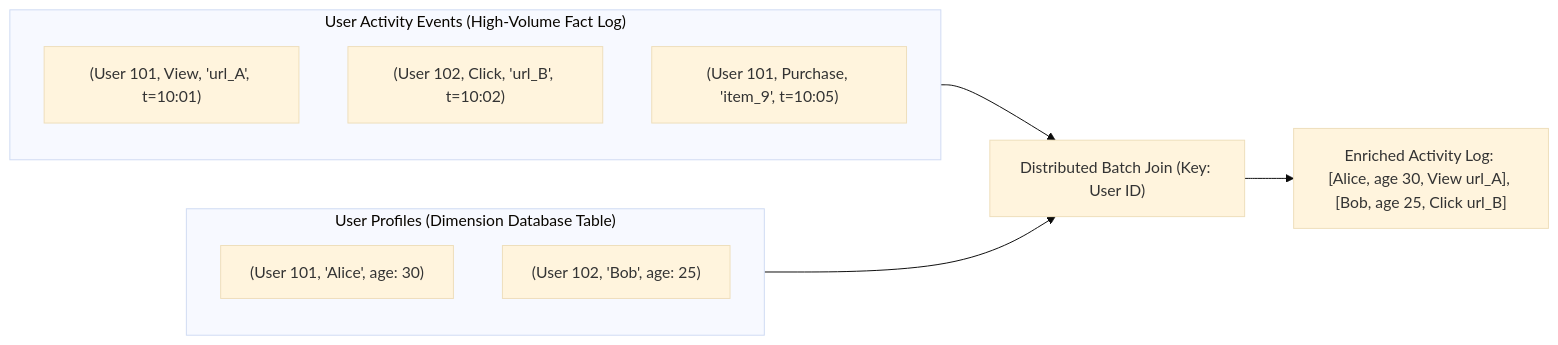
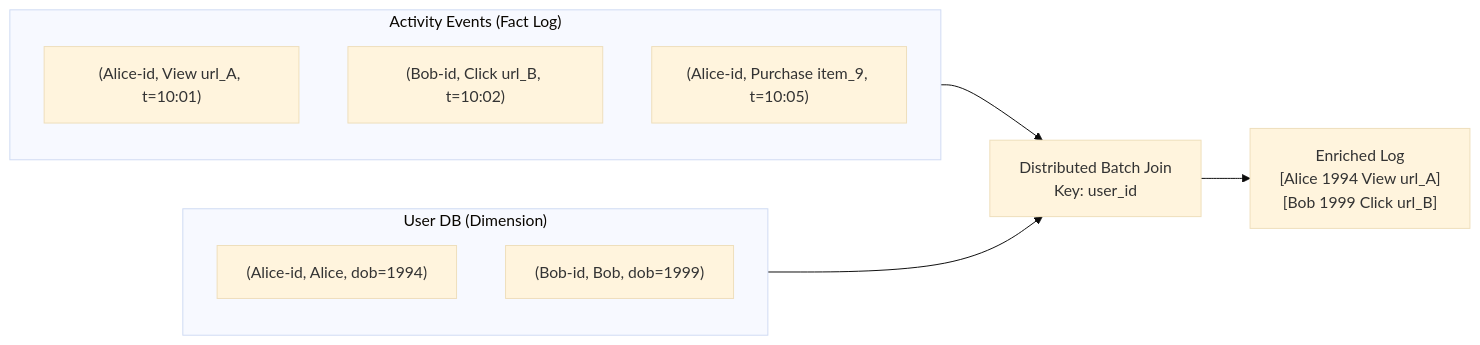
One commit to 1mimhe/books-summery changed the second of 4 diagrams in 01 Designing Data-Intensive Applications/chapter-11-batch-processing.md. Above: the diagram before and after it, drawn with Mermaid (base theme). The commit also changed other lines of this file and 3 other files, not shown here.

````diff
--- a/01 Designing Data-Intensive Applications/chapter-11-batch-processing.md
+++ b/01 Designing Data-Intensive Applications/chapter-11-batch-processing.md
@@ -234,22 +273,18 @@
 ```mermaid
 flowchart LR
-  subgraph LOGS["User Activity Events (High-Volume Fact Log)"]
+  subgraph LOGS["Activity Events (Fact Log)"]
     direction TB
-    E1["(User 101, View, 'url_A', t=10:01)"]
-    E2["(User 102, Click, 'url_B', t=10:02)"]
-    E3["(User 101, Purchase, 'item_9', t=10:05)"]
+    E1["(Alice-id, View url_A, t=10:01)"]
+    E2["(Bob-id, Click url_B, t=10:02)"]
+    E3["(Alice-id, Purchase item_9, t=10:05)"]
   end
-
-  subgraph PROFILES["User Profiles (Dimension Database Table)"]
+  subgraph PROFILES["User DB (Dimension)"]
     direction TB
-    P1["(User 101, 'Alice', age: 30)"]
-    P2["(User 102, 'Bob',   age: 25)"]
+    P1["(Alice-id, Alice, dob=1994)"]
+    P2["(Bob-id, Bob, dob=1999)"]
   end
-
-  JOIN["Distributed Batch Join (Key: User ID)"]
-
+  JOIN["Distributed Batch Join<br/>Key: user_id"]
   LOGS --> JOIN
   PROFILES --> JOIN
-
-  JOIN --> OUT["Enriched Activity Log: [Alice, age 30, View url_A], [Bob, age 25, Click url_B]"]
+  JOIN --> OUT["Enriched Log<br/>[Alice 1994 View url_A]<br/>[Bob 1999 Click url_B]"]
 ```
````
